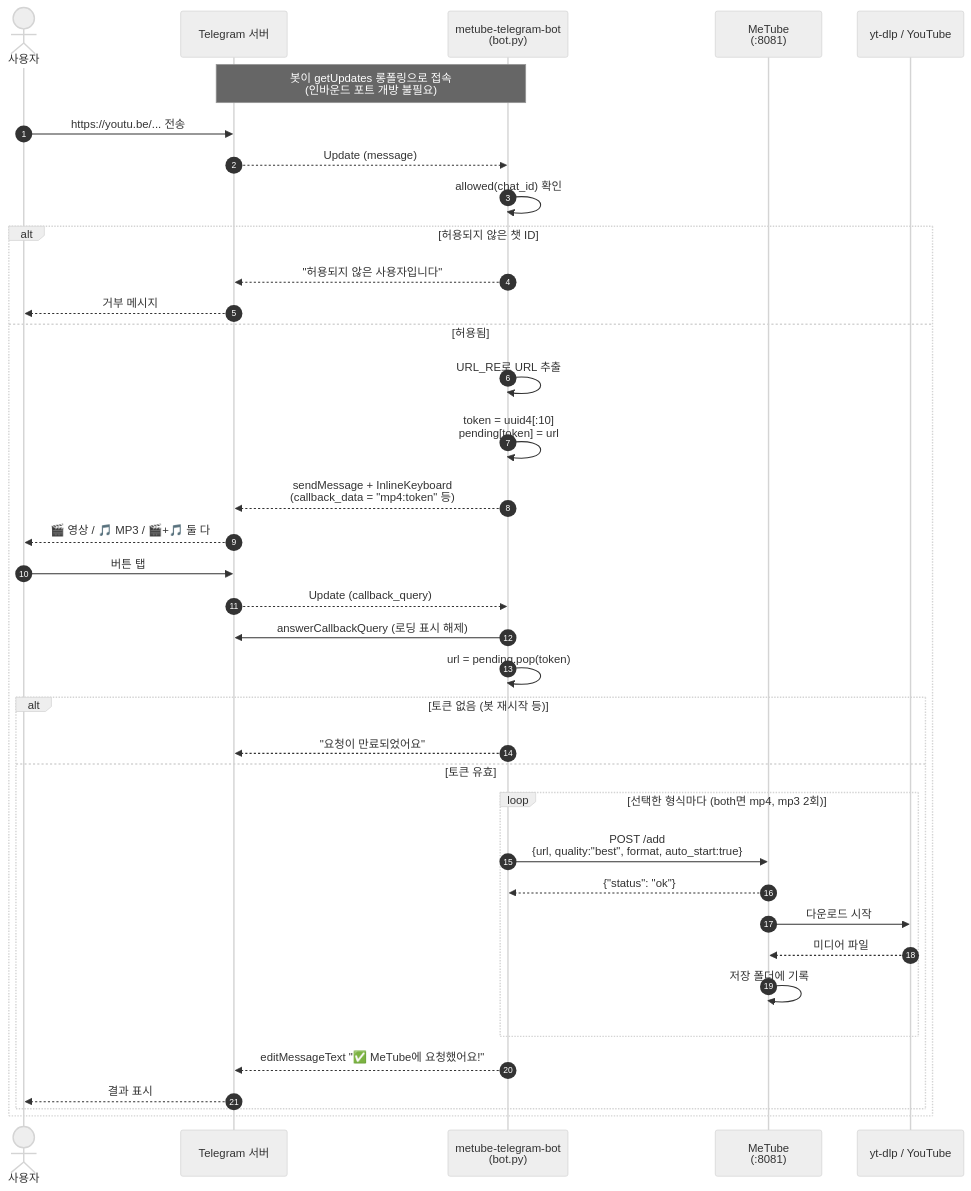
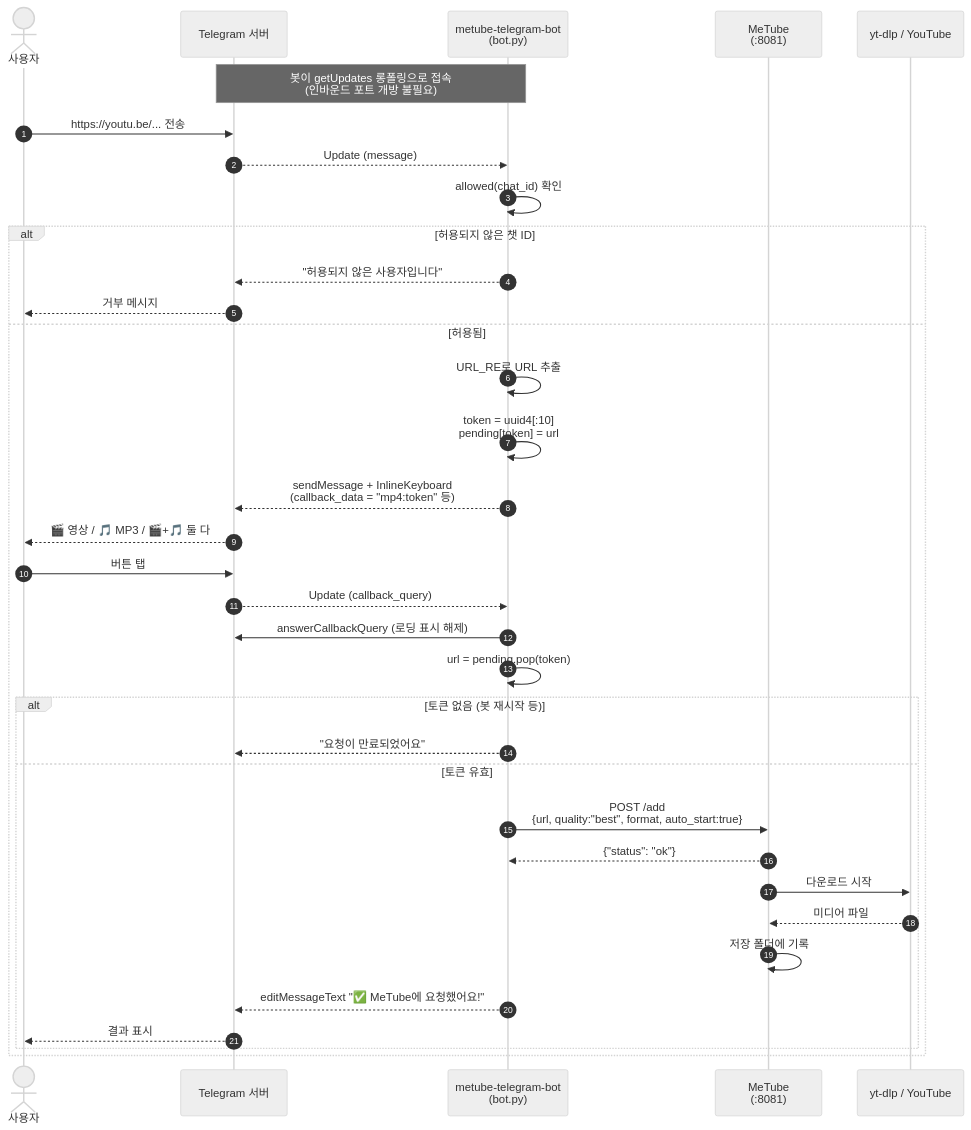
The first of 7 diagrams in README.md (progh2/metube-telegram-bot), drawn with Mermaid (neutral theme) before and after one commit. The commit also changed other lines of this file and 1 other file, not shown here.

````diff
--- a/README.md
+++ b/README.md
@@ -45,44 +46,42 @@
 ```mermaid
 sequenceDiagram
     autonumber
     actor U as 사용자
     participant TG as Telegram 서버
     participant B as metube-telegram-bot<br/>(bot.py)
     participant M as MeTube<br/>(:8081)
     participant Y as yt-dlp / YouTube
 
     Note over B,TG: 봇이 getUpdates 롱폴링으로 접속<br/>(인바운드 포트 개방 불필요)
 
     U->>TG: https://youtu.be/... 전송
     TG-->>B: Update (message)
 
     B->>B: allowed(chat_id) 확인
     alt 허용되지 않은 챗 ID
         B-->>TG: "허용되지 않은 사용자입니다"
         TG-->>U: 거부 메시지
     else 허용됨
         B->>B: URL_RE로 URL 추출
         B->>B: token = uuid4[:10]<br/>pending[token] = url
         B-->>TG: sendMessage + InlineKeyboard<br/>(callback_data = "mp4:token" 등)
         TG-->>U: 🎬 영상 / 🎵 MP3 / 🎬+🎵 둘 다
 
         U->>TG: 버튼 탭
         TG-->>B: Update (callback_query)
         B->>TG: answerCallbackQuery (로딩 표시 해제)
         B->>B: url = pending.pop(token)
 
         alt 토큰 없음 (봇 재시작 등)
             B-->>TG: "요청이 만료되었어요"
         else 토큰 유효
-            loop 선택한 형식마다 (both면 mp4, mp3 2회)
-                B->>M: POST /add<br/>{url, quality:"best", format, auto_start:true}
-                M-->>B: {"status": "ok"}
-                M->>Y: 다운로드 시작
-                Y-->>M: 미디어 파일
-                M->>M: 저장 폴더에 기록
-            end
+            B->>M: POST /add<br/>{url, quality:"best", format, auto_start:true}
+            M-->>B: {"status": "ok"}
+            M->>Y: 다운로드 시작
+            Y-->>M: 미디어 파일
+            M->>M: 저장 폴더에 기록
             B-->>TG: editMessageText "✅ MeTube에 요청했어요!"
             TG-->>U: 결과 표시
         end
     end
 ```
````
